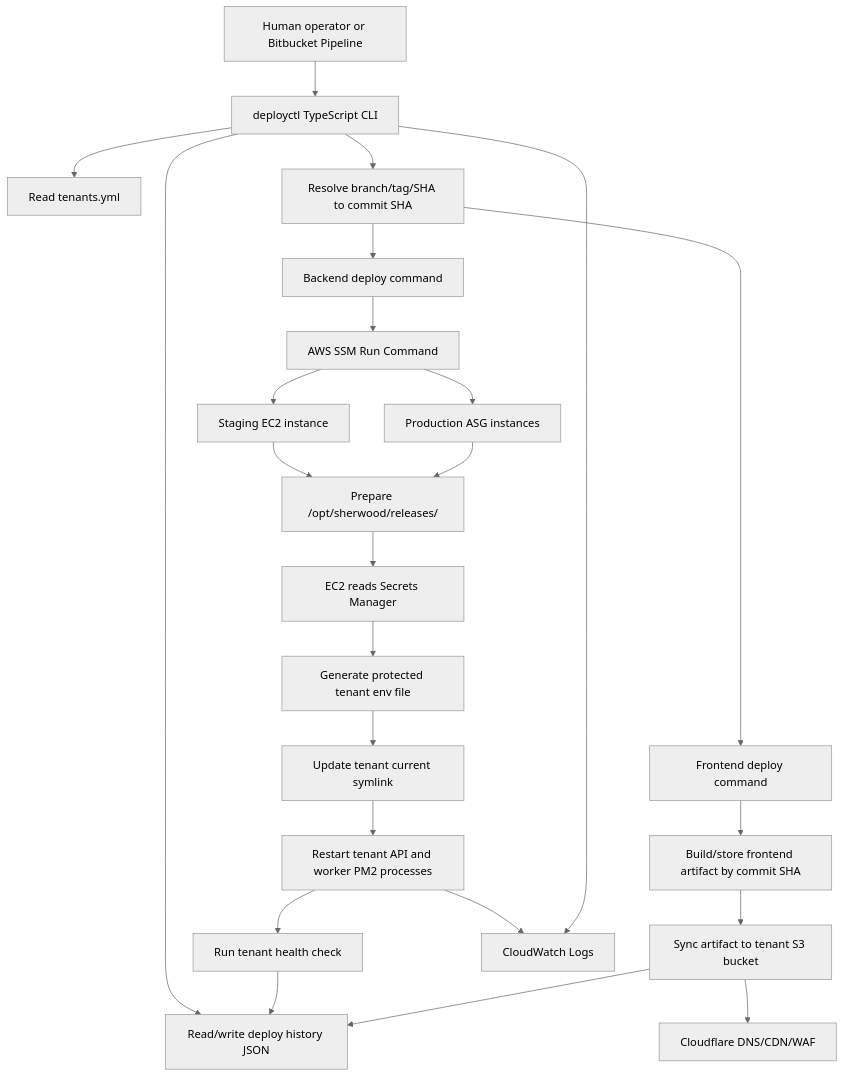
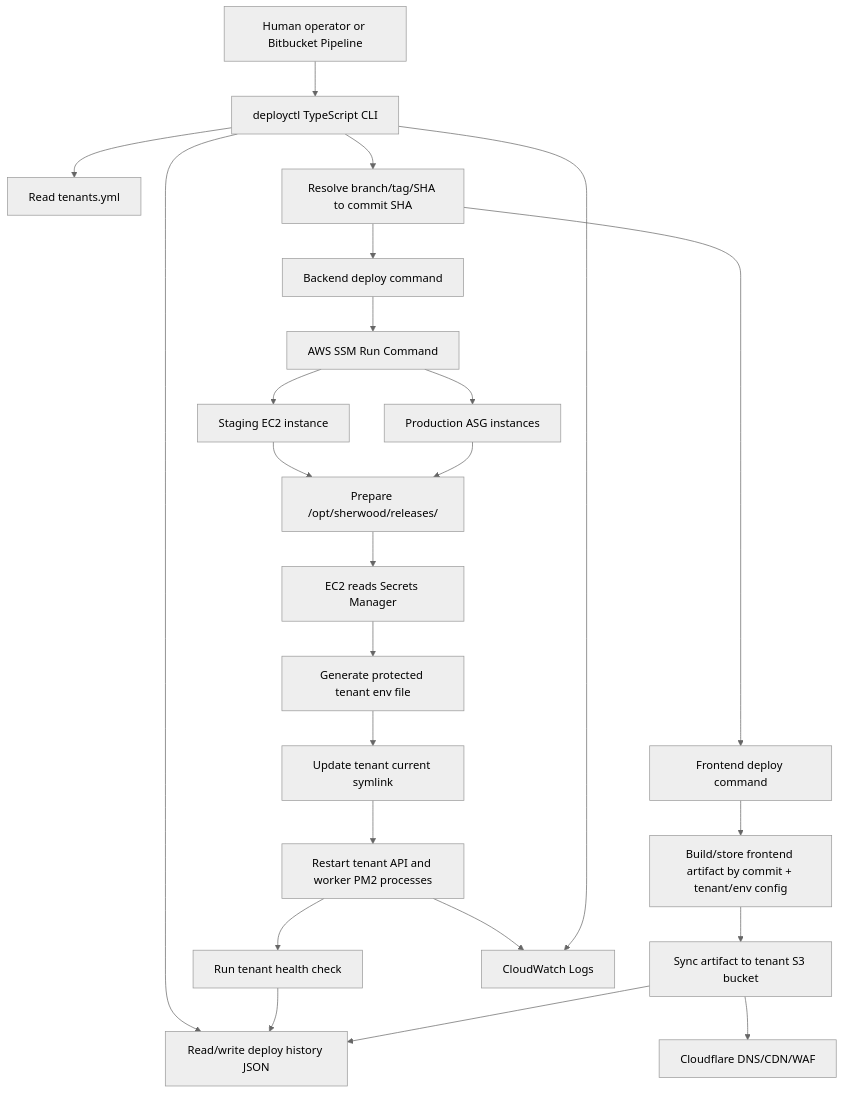
Before and after one commit to manursutil/Deployctl: the diagram in docs/initial-architecture-proposal.md, drawn with Mermaid (neutral theme). The commit also changed other lines of this file and 2 other files, not shown here.

````diff
--- a/docs/initial-architecture-proposal.md
+++ b/docs/initial-architecture-proposal.md
@@ -58,33 +58,33 @@
 ```mermaid
 flowchart TB
   Operator["Human operator or Bitbucket Pipeline"] --> CLI["deployctl TypeScript CLI"]
 
   CLI --> TenantConfig["Read tenants.yml"]
   CLI --> ResolveRef["Resolve branch/tag/SHA to commit SHA"]
   CLI --> History["Read/write deploy history JSON"]
 
   ResolveRef --> BackendDeploy["Backend deploy command"]
   ResolveRef --> FrontendDeploy["Frontend deploy command"]
 
   BackendDeploy --> SSM["AWS SSM Run Command"]
   SSM --> StagingEC2["Staging EC2 instance"]
   SSM --> ProdASG["Production ASG instances"]
 
   StagingEC2 --> ReleaseDir["Prepare /opt/sherwood/releases/<commit>"]
   ProdASG --> ReleaseDir
 
   ReleaseDir --> Secrets["EC2 reads Secrets Manager"]
   Secrets --> EnvFile["Generate protected tenant env file"]
   EnvFile --> Symlink["Update tenant current symlink"]
   Symlink --> PM2["Restart tenant API and worker PM2 processes"]
   PM2 --> Health["Run tenant health check"]
 
-  FrontendDeploy --> Artifact["Build/store frontend artifact by commit SHA"]
+  FrontendDeploy --> Artifact["Build/store frontend artifact by commit + tenant/env config"]
   Artifact --> TenantBucket["Sync artifact to tenant S3 bucket"]
   TenantBucket --> Cloudflare["Cloudflare DNS/CDN/WAF"]
 
   PM2 --> CloudWatch["CloudWatch Logs"]
   CLI --> CloudWatch
   Health --> History
   TenantBucket --> History
 ```
````
